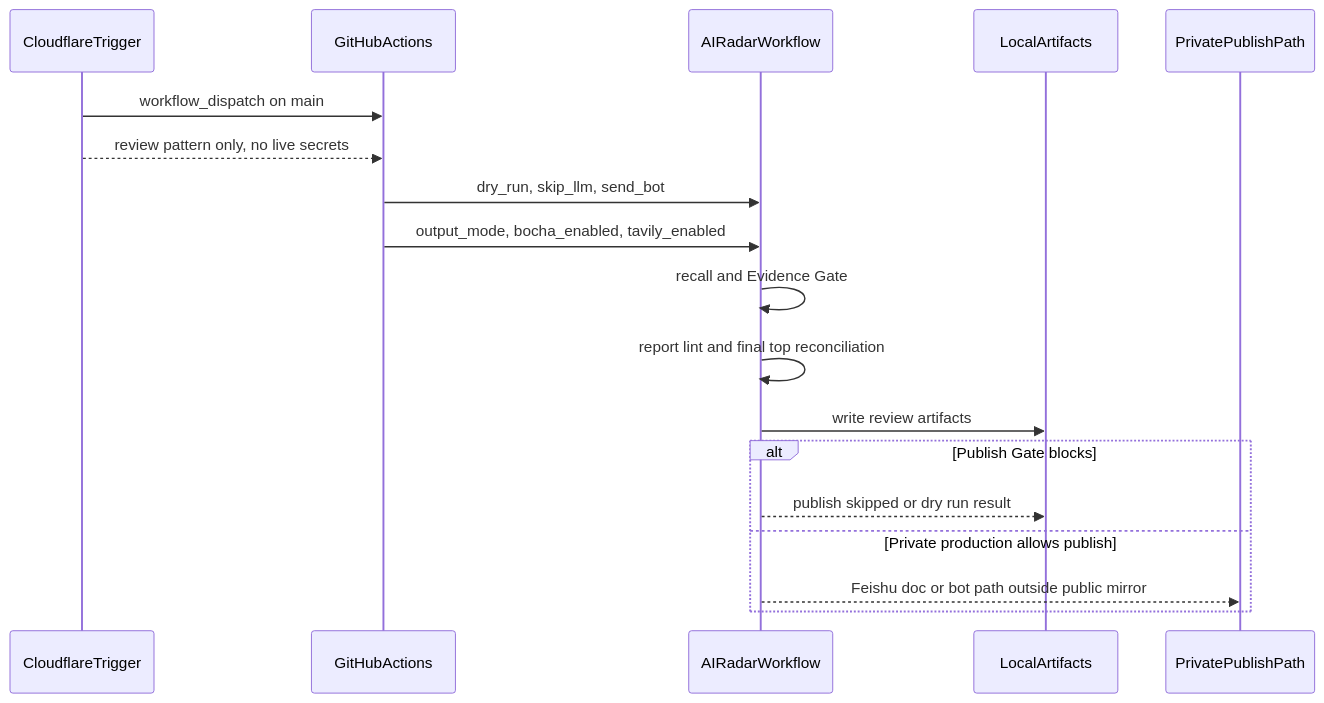
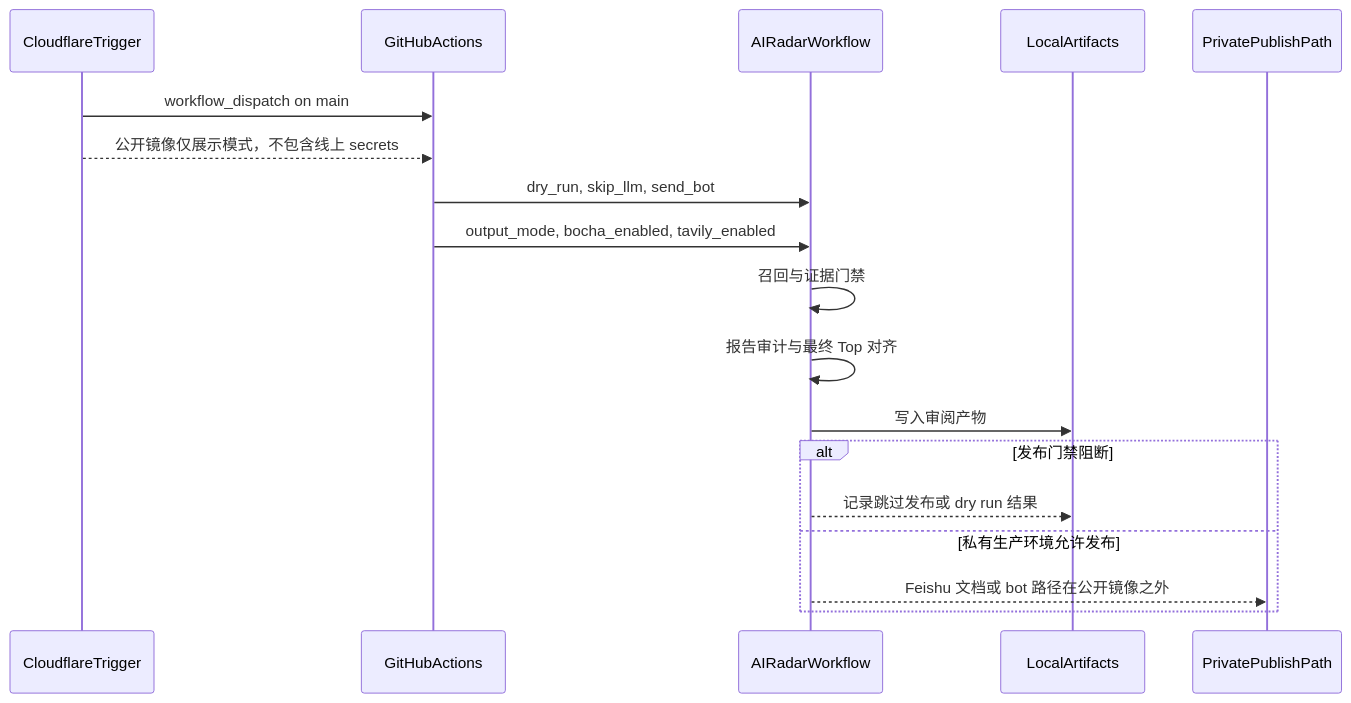
One commit to lin275768845/ai-radar-agent-case changed the second of 5 diagrams in docs/zh-CN/ARCHITECTURE_OVERVIEW.md. Above: the diagram before and after it, drawn with Mermaid. The commit also changed other lines of this file and 5 other files, not shown here.

Commit message:
docs: polish zh-CN public mirror copy

````diff
--- a/docs/zh-CN/ARCHITECTURE_OVERVIEW.md
+++ b/docs/zh-CN/ARCHITECTURE_OVERVIEW.md
@@ -50,21 +50,21 @@
 ```mermaid
 sequenceDiagram
   participant CF as CloudflareTrigger
   participant GH as GitHubActions
   participant WF as AIRadarWorkflow
   participant ART as LocalArtifacts
   participant PUB as PrivatePublishPath
 
   CF->>GH: workflow_dispatch on main
-  CF-->>GH: review pattern only, no live secrets
+  CF-->>GH: 公开镜像仅展示模式，不包含线上 secrets
   GH->>WF: dry_run, skip_llm, send_bot
   GH->>WF: output_mode, bocha_enabled, tavily_enabled
-  WF->>WF: recall and Evidence Gate
-  WF->>WF: report lint and final top reconciliation
-  WF->>ART: write review artifacts
-  alt Publish Gate blocks
-    WF-->>ART: publish skipped or dry run result
-  else Private production allows publish
-    WF-->>PUB: Feishu doc or bot path outside public mirror
+  WF->>WF: 召回与证据门禁
+  WF->>WF: 报告审计与最终 Top 对齐
+  WF->>ART: 写入审阅产物
+  alt 发布门禁阻断
+    WF-->>ART: 记录跳过发布或 dry run 结果
+  else 私有生产环境允许发布
+    WF-->>PUB: Feishu 文档或 bot 路径在公开镜像之外
   end
 ```
````
